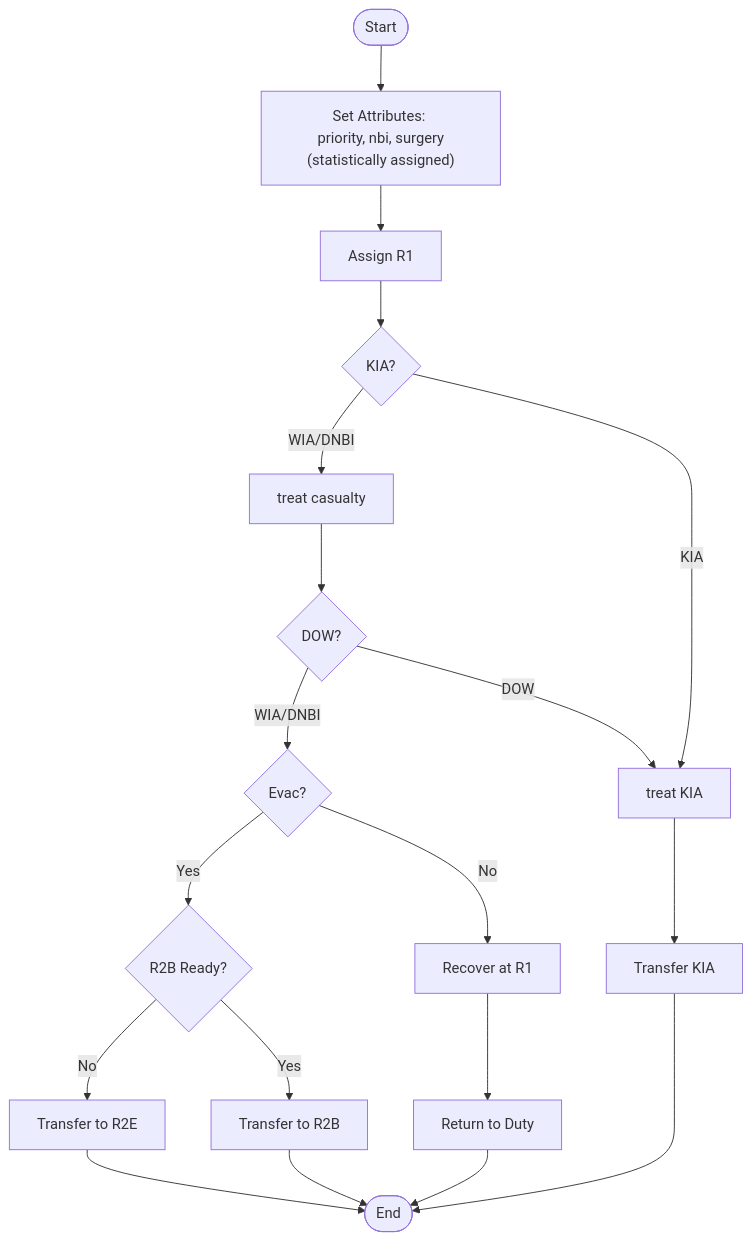
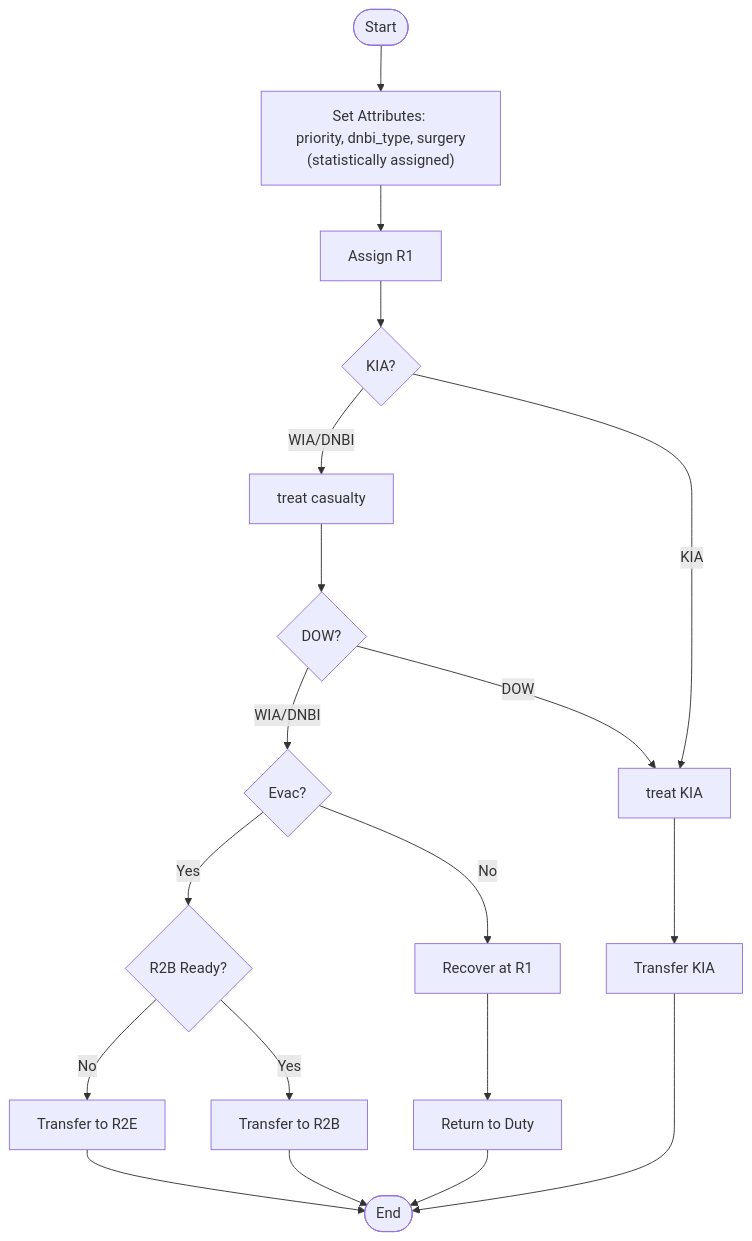
Before and after one commit to natosys/Battlefield-Casualty-Handling: the second of 4 diagrams in README.md, drawn with Mermaid. The commit also changed other lines of this file and 2 other files, not shown here.

First line of the commit message:
feat(issue-7): DNBI sub-category routing — differentiated treatment pathways

````diff
--- a/README.md
+++ b/README.md
@@ -722,21 +744,21 @@
 ```mermaid
 flowchart TD
-    A(["Start"]) --> B["Set Attributes: <br> priority, nbi, surgery (statistically assigned)"]
+    A(["Start"]) --> B["Set Attributes: <br> priority, dnbi_type, surgery (statistically assigned)"]
     B --> C["Assign R1"]
     C --> D{"KIA?"}
     D -- WIA/DNBI --> E["treat casualty"]
     E --> F{"DOW?"}
     F -- DOW --> G["treat KIA"]
     F -- WIA/DNBI --> H{"Evac?"}
     D -- KIA --> G
     H -- Yes --> I{"R2B Ready?"}
     I -- Yes --> J["Transfer to R2B"]
     I -- No --> K["Transfer to R2E"]
     K --> L(["End"])
     J --> L
     H -- No --> M["Recover at R1"]
     M --> N["Return to Duty"]
     N --> L
     G --> O["Transfer KIA"]
     O --> L
 ```
````
